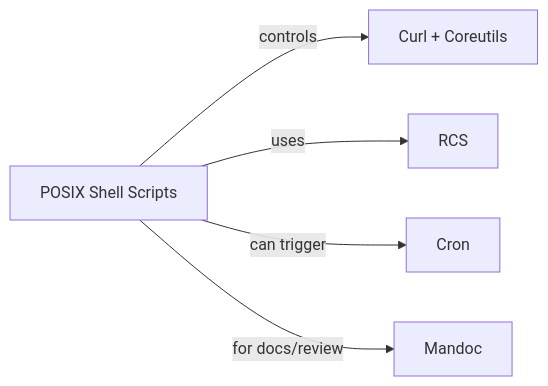
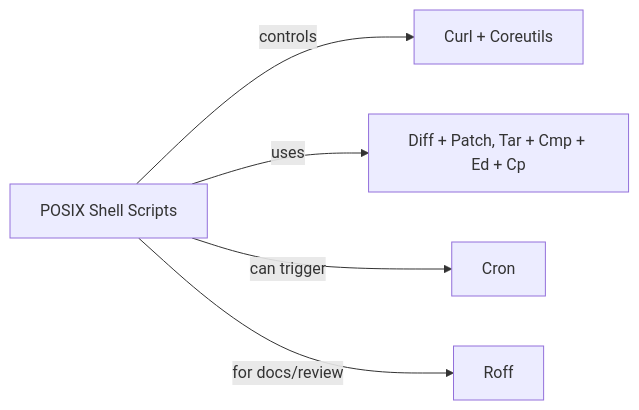
One commit to 2MuchC0ff33/elvis changed the third of 11 diagrams in README.md. Above: the diagram before and after it, drawn with Mermaid. The commit also changed other lines of this file and 36 other files, not shown here.

````diff
--- a/README.md
+++ b/README.md
@@ -161,7 +188,7 @@
 ```mermaid
 graph LR
     Shell[POSIX Shell Scripts] -- controls --> CurlCoreutils["Curl + Coreutils"]
-    Shell -- uses --> RCS
+    Shell -- uses --> DiffPatchTarCmpEdCp["Diff + Patch, Tar + Cmp + Ed + Cp"]
     Shell -- can trigger --> Cron
-    Shell -- for docs/review --> Mandoc
+    Shell -- for docs/review --> Roff
 ```
````
